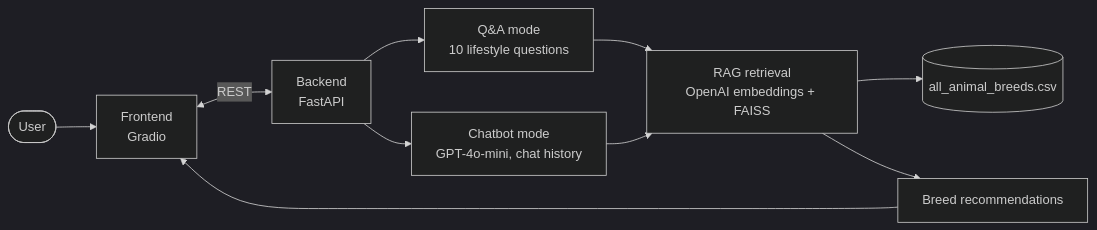
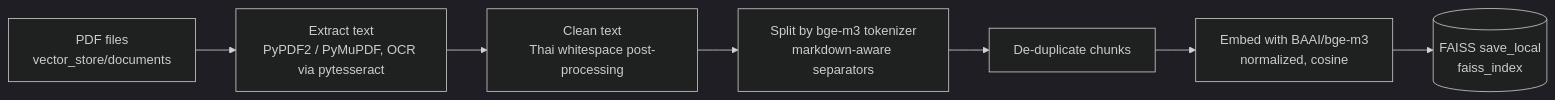
Before and after one commit to Dxrksvng/Pet-Behavior-MLops: the fourth of 5 diagrams in README.md, drawn with Mermaid (dark theme). The commit also changed other lines of this file, not shown here.

Commit message:
docs: rewrite README with architecture, flows and tech stack (#2)

````diff
--- a/README.md
+++ b/README.md
@@ -19,12 +167,9 @@
 ```mermaid
 flowchart LR
-    U(["User"]) --> FE["Frontend\nGradio"]
-    FE <-->|"REST"| BE["Backend\nFastAPI"]
-    BE --> Q["Q&A mode\n10 lifestyle questions"]
-    BE --> C["Chatbot mode\nGPT-4o-mini, chat history"]
-    Q --> RAG["RAG retrieval\nOpenAI embeddings + FAISS"]
-    RAG --> CSV[("all_animal_breeds.csv")]
-    C --> RAG
-    RAG --> R["Breed recommendations"]
-    R --> FE
+    P["PDF files\nvector_store/documents"] --> X["Extract text\nPyPDF2 / PyMuPDF, OCR via pytesseract"]
+    X --> C["Clean text\nThai whitespace post-processing"]
+    C --> S["Split by bge-m3 tokenizer\nmarkdown-aware separators"]
+    S --> D["De-duplicate chunks"]
+    D --> E["Embed with BAAI/bge-m3\nnormalized, cosine"]
+    E --> F[("FAISS save_local\nfaiss_index")]
 ```
````
